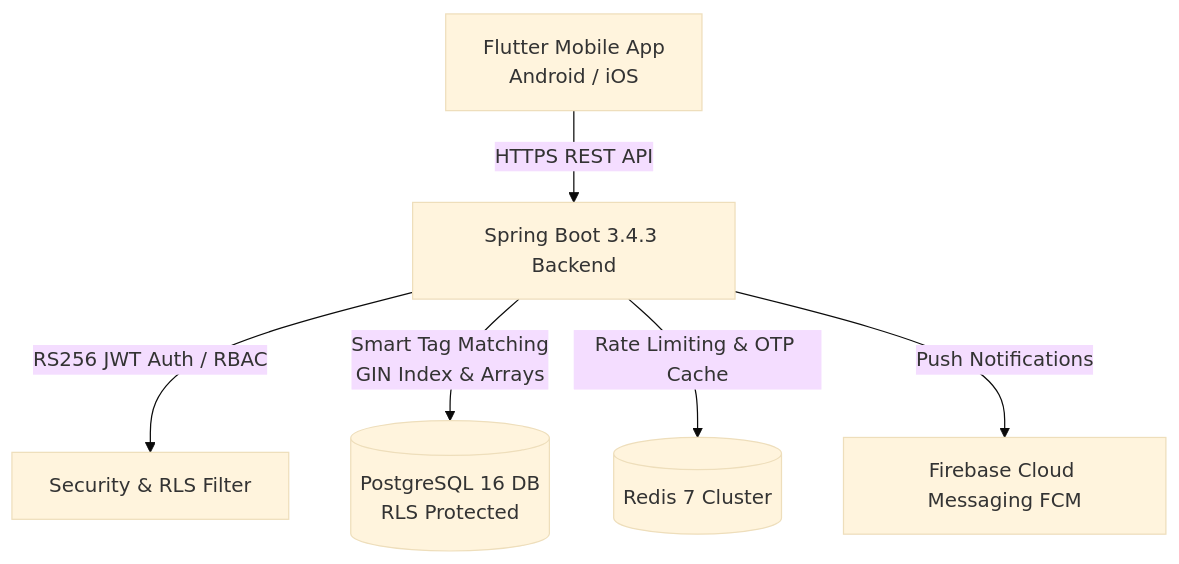
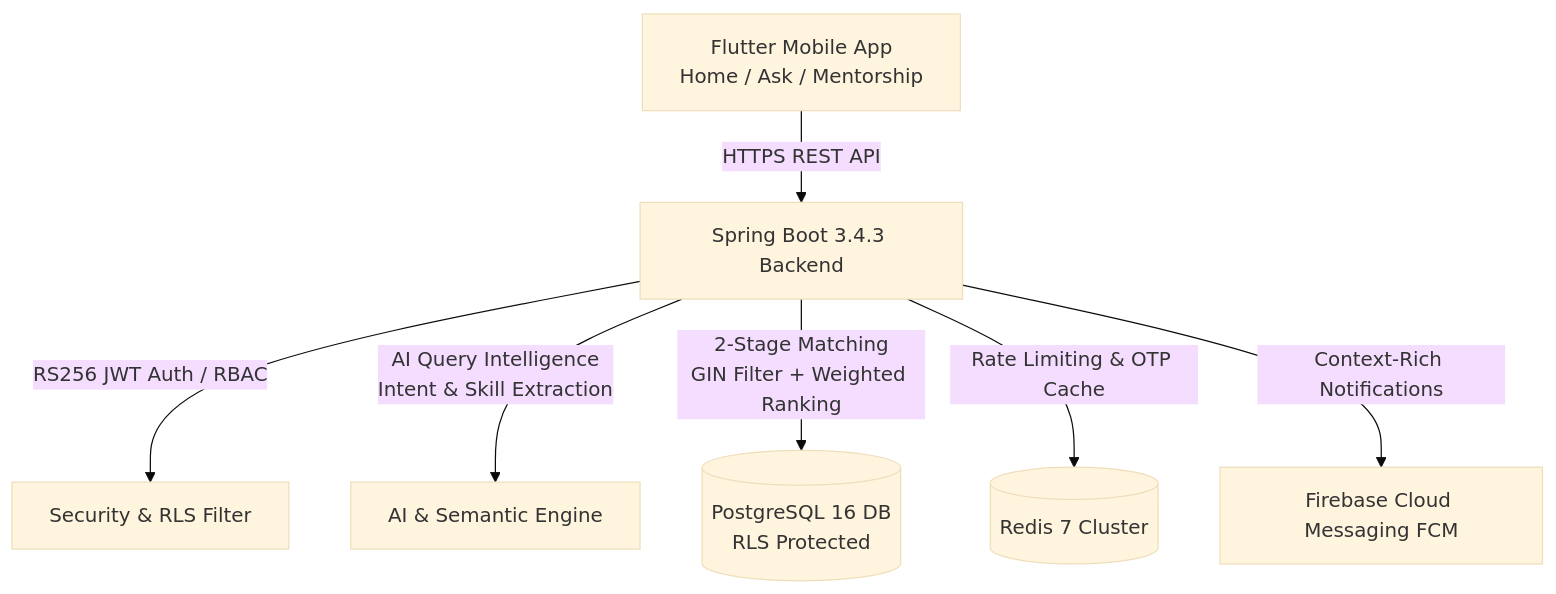
One commit to vaibhavkumar955584-hub/CampusBuddy changed the first of 7 diagrams in PROJECT_FLOW.md. Above: the diagram before and after it, drawn with Mermaid (base theme). The commit also changed other lines of this file and 78 other files, not shown here.

Commit message:
feat: scaffold Firebase agent skills and integrate core backend/mobile infrastructure

````diff
--- a/PROJECT_FLOW.md
+++ b/PROJECT_FLOW.md
@@ -9,8 +9,9 @@
 ```mermaid
 graph TD
-    A[Flutter Mobile App<br/>Android / iOS] -->|HTTPS REST API| B[Spring Boot 3.4.3 Backend]
+    A[Flutter Mobile App<br/>Home / Ask / Mentorship] -->|HTTPS REST API| B[Spring Boot 3.4.3 Backend]
     B -->|RS256 JWT Auth / RBAC| C[Security & RLS Filter]
-    B -->|Smart Tag Matching<br/>GIN Index & Arrays| D[(PostgreSQL 16 DB<br/>RLS Protected)]
-    B -->|Rate Limiting & OTP Cache| E[(Redis 7 Cluster)]
-    B -->|Push Notifications| F[Firebase Cloud Messaging FCM]
+    B -->|AI Query Intelligence<br/>Intent & Skill Extraction| D[AI & Semantic Engine]
+    B -->|2-Stage Matching<br/>GIN Filter + Weighted Ranking| E[(PostgreSQL 16 DB<br/>RLS Protected)]
+    B -->|Rate Limiting & OTP Cache| F[(Redis 7 Cluster)]
+    B -->|Context-Rich Notifications| G[Firebase Cloud Messaging FCM]
 ```
````
